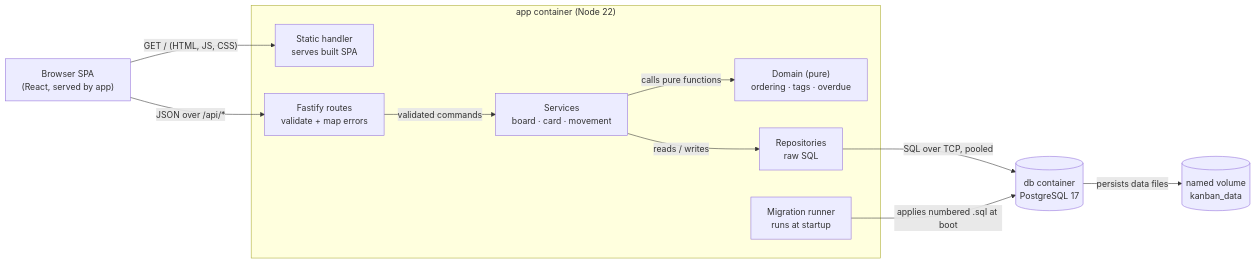
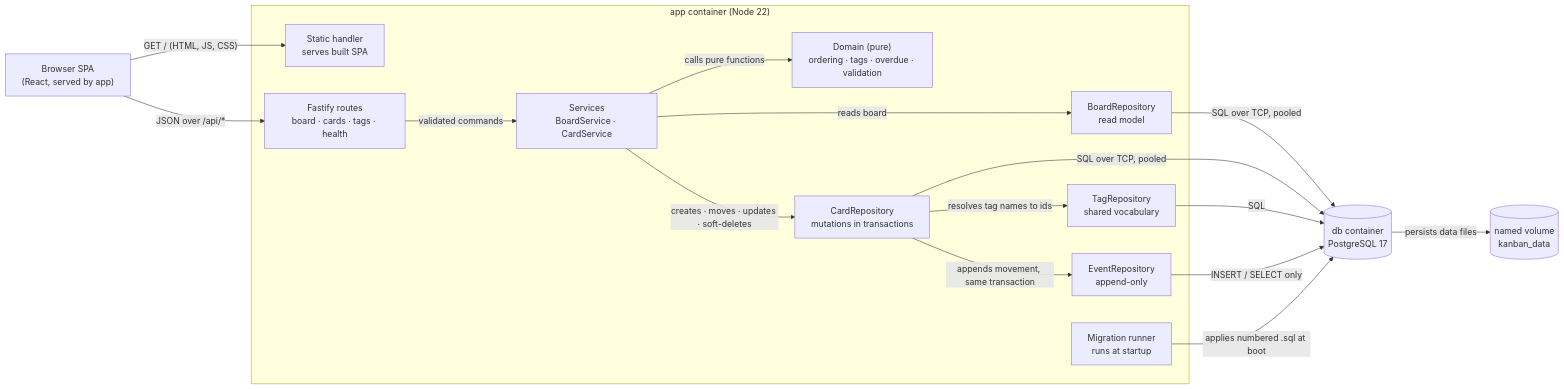
One commit to wedelthomas/quickKanban changed the first of 3 diagrams in specs/001-board-foundation/plan.md. Above: the diagram before and after it, drawn with Mermaid. The commit also changed other lines of this file and 8 other files, not shown here.

````diff
--- a/specs/001-board-foundation/plan.md
+++ b/specs/001-board-foundation/plan.md
@@ -210,23 +211,32 @@
 ```mermaid
 flowchart LR
   Browser["Browser SPA<br/>(React, served by app)"]
   subgraph app["app container (Node 22)"]
     Static["Static handler<br/>serves built SPA"]
-    Routes["Fastify routes<br/>validate + map errors"]
-    Services["Services<br/>board · card · movement"]
-    Domain["Domain (pure)<br/>ordering · tags · overdue"]
-    Repos["Repositories<br/>raw SQL"]
+    Routes["Fastify routes<br/>board · cards · tags · health"]
+    Services["Services<br/>BoardService · CardService"]
+    Domain["Domain (pure)<br/>ordering · tags · overdue · validation"]
+    ReadRepo["BoardRepository<br/>read model"]
+    WriteRepo["CardRepository<br/>mutations in transactions"]
+    TagRepo["TagRepository<br/>shared vocabulary"]
+    EventRepo["EventRepository<br/>append-only"]
     Migrate["Migration runner<br/>runs at startup"]
   end
   DB[("db container<br/>PostgreSQL 17")]
   Vol[("named volume<br/>kanban_data")]
 
   Browser -->|"GET / (HTML, JS, CSS)"| Static
   Browser -->|"JSON over /api/*"| Routes
   Routes -->|"validated commands"| Services
   Services -->|"calls pure functions"| Domain
-  Services -->|"reads / writes"| Repos
-  Repos -->|"SQL over TCP, pooled"| DB
+  Services -->|"reads board"| ReadRepo
+  Services -->|"creates · moves · updates · soft-deletes"| WriteRepo
+  WriteRepo -->|"resolves tag names to ids"| TagRepo
+  WriteRepo -->|"appends movement, same transaction"| EventRepo
+  ReadRepo -->|"SQL over TCP, pooled"| DB
+  WriteRepo -->|"SQL over TCP, pooled"| DB
+  TagRepo -->|"SQL"| DB
+  EventRepo -->|"INSERT / SELECT only"| DB
   Migrate -->|"applies numbered .sql at boot"| DB
   DB -->|"persists data files"| Vol
 ```
````
